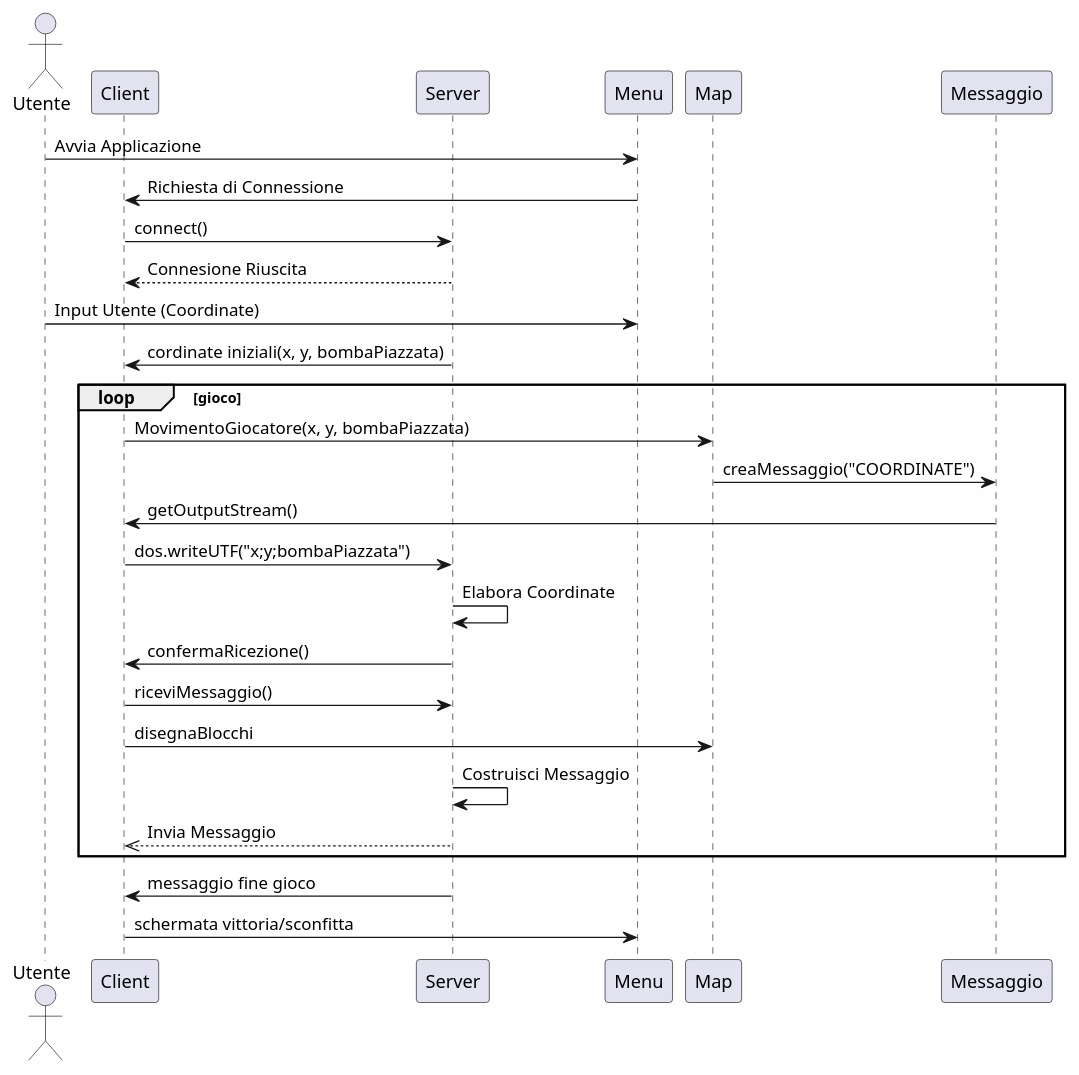
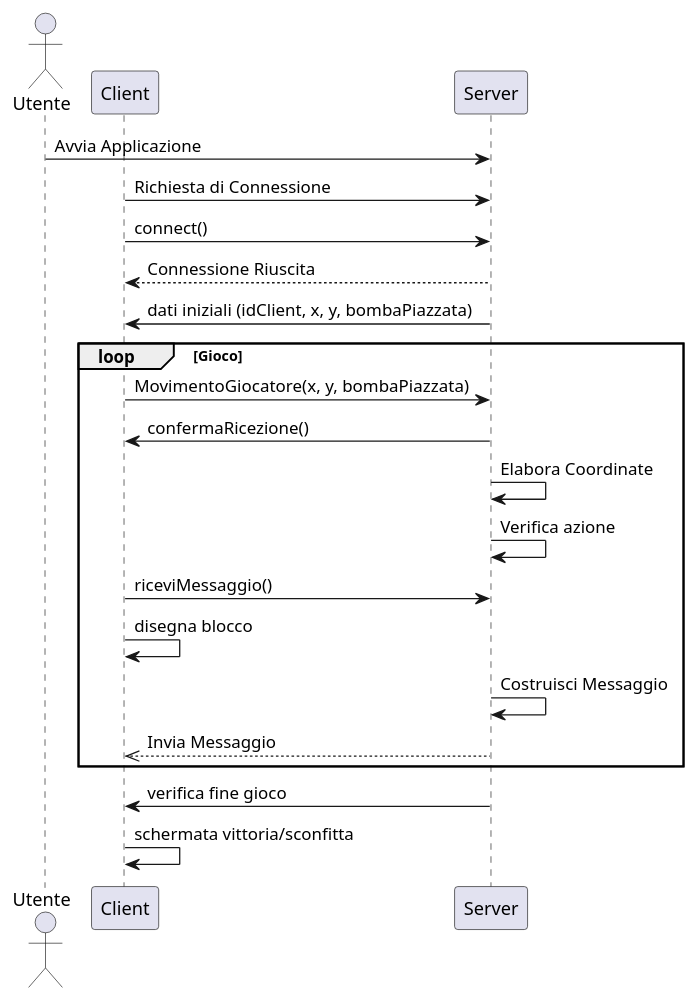
One commit to andredisa/Bomberman changed the diagram in documentazione/sequenceDiagram.puml. Above: the diagram before and after it, drawn with PlantUML. The commit also changed 4 other files, not shown here.

Commit message:
modifiche dei diagrammi uml

```diff
--- a/documentazione/sequenceDiagram.puml
+++ b/documentazione/sequenceDiagram.puml
@@ -1,30 +1,26 @@
 @startuml
 actor Utente as User
 participant Client
 participant Server
-participant Menu
-participant Map
-participant Messaggio
 
-User -> Menu: Avvia Applicazione
-Menu -> Client: Richiesta di Connessione
+User -> Server: Avvia Applicazione
+Client -> Server: Richiesta di Connessione
 Client -> Server: connect()
-Server --> Client: Connesione Riuscita
-User -> Menu: Input Utente (Coordinate)
-Server -> Client: cordinate iniziali(x, y, bombaPiazzata)
-loop gioco
-    Client -> Map: MovimentoGiocatore(x, y, bombaPiazzata)
-    Map -> Messaggio: creaMessaggio("COORDINATE")
-    Messaggio -> Client: getOutputStream()
-    Client -> Server: dos.writeUTF("x;y;bombaPiazzata")
+Server --> Client: Connessione Riuscita
+
+Server -> Client: dati iniziali (idClient, x, y, bombaPiazzata)
+
+loop Gioco
+    Client -> Server: MovimentoGiocatore(x, y, bombaPiazzata)
+    Server -> Client: confermaRicezione()
     Server -> Server: Elabora Coordinate
-    Server -> Client: confermaRicezione()
+    Server -> Server: Verifica azione
     Client -> Server: riceviMessaggio()
-    Client -> Map: disegnaBlocchi
+    Client -> Client: disegna blocco
     Server -> Server: Costruisci Messaggio
     Server -->> Client: Invia Messaggio
 end loop
-Server -> Client: messaggio fine gioco
-Client -> Menu: schermata vittoria/sconfitta
 
+Server -> Client: verifica fine gioco
+Client -> Client: schermata vittoria/sconfitta
 @enduml
```
